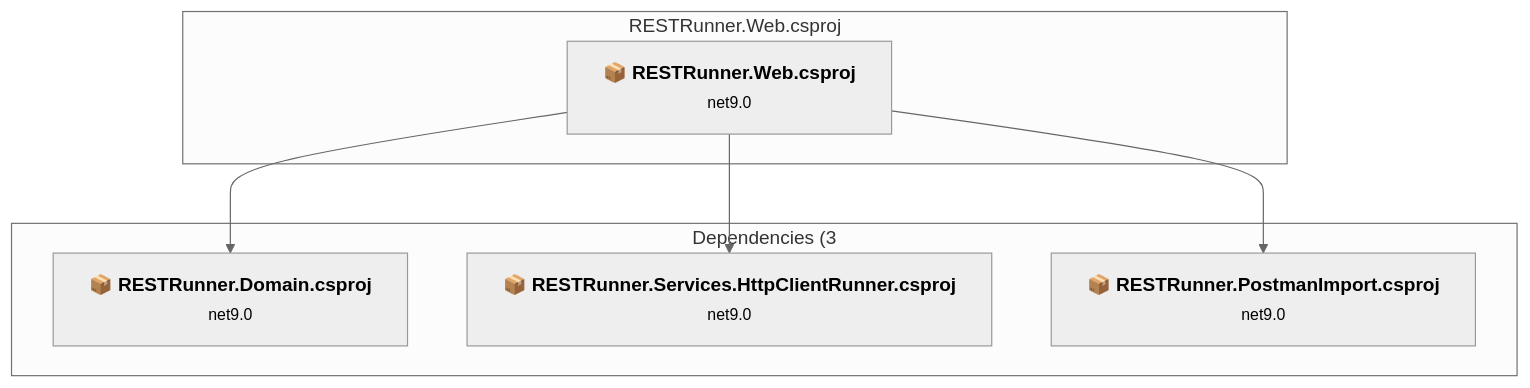
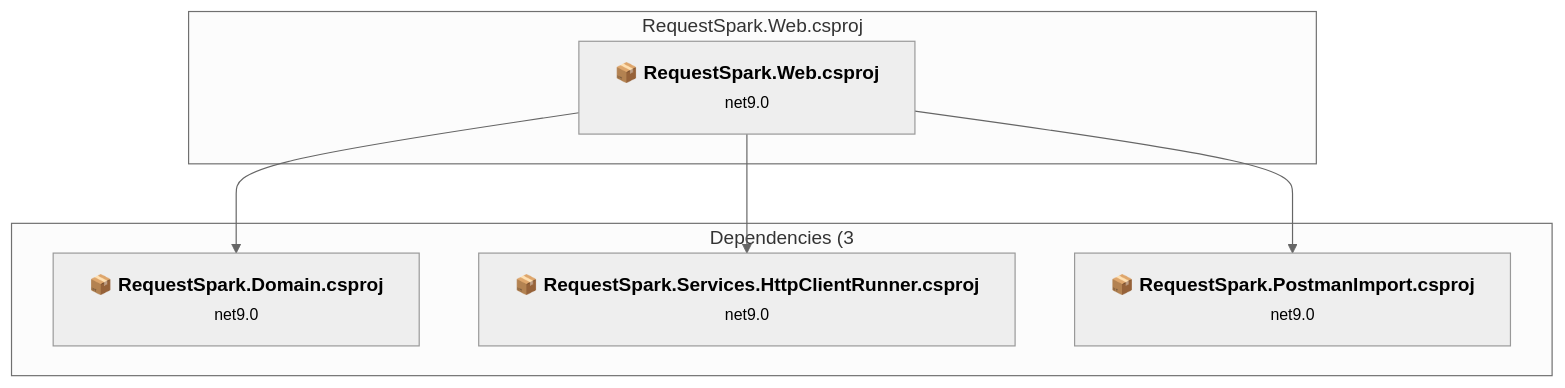
Before and after one commit to markhazleton/RESTRunner: the sixth of 7 diagrams in .github/upgrades/assessment.md, drawn with Mermaid (neutral theme). The commit also changed other lines of this file and 326 other files, not shown here.

First line of the commit message:
feat(rebrand): rename RESTRunner to RequestSpark (#11)

````diff
--- a/.github/upgrades/assessment.md
+++ b/.github/upgrades/assessment.md
@@ -392,19 +394,19 @@
 ```mermaid
 flowchart TB
-    subgraph current["RESTRunner.Web.csproj"]
-        MAIN["<b>📦&nbsp;RESTRunner.Web.csproj</b><br/><small>net9.0</small>"]
-        click MAIN "#restrunnerwebrestrunnerwebcsproj"
+    subgraph current["RequestSpark.Web.csproj"]
+        MAIN["<b>📦&nbsp;RequestSpark.Web.csproj</b><br/><small>net9.0</small>"]
+        click MAIN "#requestsparkwebrequestsparkwebcsproj"
     end
     subgraph downstream["Dependencies (3"]
-        P2["<b>📦&nbsp;RESTRunner.Domain.csproj</b><br/><small>net9.0</small>"]
-        P4["<b>📦&nbsp;RESTRunner.Services.HttpClientRunner.csproj</b><br/><small>net9.0</small>"]
-        P3["<b>📦&nbsp;RESTRunner.PostmanImport.csproj</b><br/><small>net9.0</small>"]
-        click P2 "#restrunnerdomainrestrunnerdomaincsproj"
-        click P4 "#restrunnerserviceshttpclientrestrunnerserviceshttpclientrunnercsproj"
-        click P3 "#restrunnerpostmanimportrestrunnerpostmanimportcsproj"
+        P2["<b>📦&nbsp;RequestSpark.Domain.csproj</b><br/><small>net9.0</small>"]
+        P4["<b>📦&nbsp;RequestSpark.Services.HttpClientRunner.csproj</b><br/><small>net9.0</small>"]
+        P3["<b>📦&nbsp;RequestSpark.PostmanImport.csproj</b><br/><small>net9.0</small>"]
+        click P2 "#requestsparkdomainrequestsparkdomaincsproj"
+        click P4 "#requestsparkserviceshttpclientrequestsparkserviceshttpclientrunnercsproj"
+        click P3 "#requestsparkpostmanimportrequestsparkpostmanimportcsproj"
     end
     MAIN --> P2
     MAIN --> P4
     MAIN --> P3
 
 ```
````
